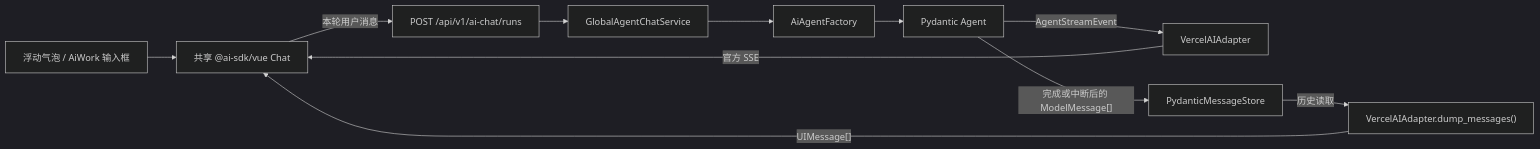
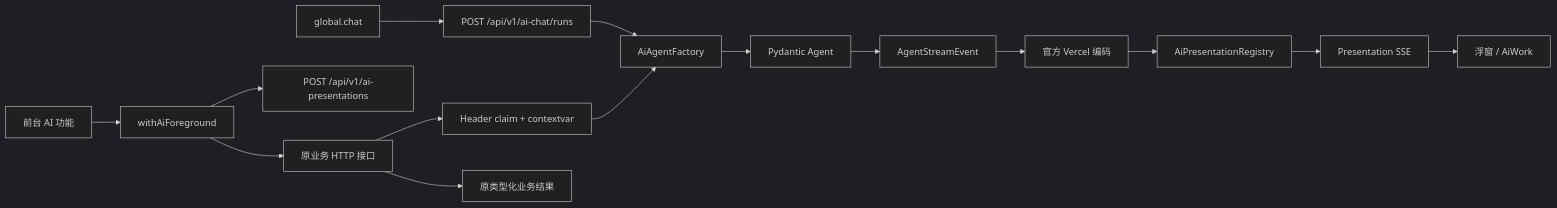
The second of 2 diagrams in docs/aiworkpage.md (huandao-gonglu/ChampionErp), drawn with Mermaid (dark theme) before and after one commit. The commit also changed other lines of this file and 47 other files, not shown here.

First line of the commit message:
feat: 统一 AiWork 前台 Agent 实时展示

````diff
--- a/docs/aiworkpage.md
+++ b/docs/aiworkpage.md
@@ -11,15 +29,20 @@
 ```mermaid
 flowchart LR
-    UI["浮动气泡 / AiWork 输入框"] --> CHAT["共享 @ai-sdk/vue Chat"]
-    CHAT -->|"本轮用户消息"| POST["POST /api/v1/ai-chat/runs"]
-    POST --> BIZ["GlobalAgentChatService"]
-    BIZ --> FACTORY["AiAgentFactory"]
+    CHAT["global.chat"] --> CHAT_API["POST /api/v1/ai-chat/runs"]
+    CHAT_API --> FACTORY["AiAgentFactory"]
+
+    ACTION["前台 AI 功能"] --> WRAPPER["withAiForeground"]
+    WRAPPER --> RESERVE["POST /api/v1/ai-presentations"]
+    WRAPPER --> BUSINESS["原业务 HTTP 接口"]
+    BUSINESS --> BOUNDARY["Header claim + contextvar"]
+    BOUNDARY --> FACTORY
+
     FACTORY --> AGENT["Pydantic Agent"]
+    AGENT --> EVENTS["AgentStreamEvent"]
+    EVENTS --> ADAPTER["官方 Vercel 编码"]
+    ADAPTER --> REGISTRY["AiPresentationRegistry"]
+    REGISTRY --> STREAM["Presentation SSE"]
+    STREAM --> DISPLAY["浮窗 / AiWork"]
 
-    AGENT -->|"AgentStreamEvent"| ADAPTER["VercelAIAdapter"]
-    ADAPTER -->|"官方 SSE"| CHAT
-
-    AGENT -->|"完成或中断后的 ModelMessage[]"| STORE["PydanticMessageStore"]
-    STORE -->|"历史读取"| DUMP["VercelAIAdapter.dump_messages()"]
-    DUMP -->|"UIMessage[]"| CHAT
+    BUSINESS --> RESULT["原类型化业务结果"]
 ```
````
